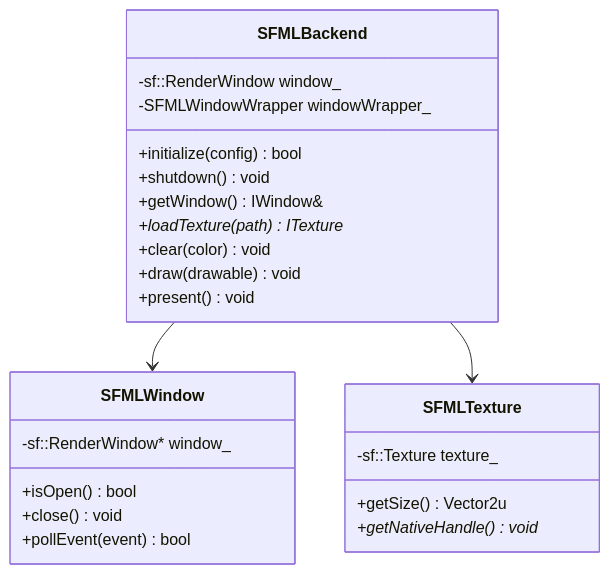
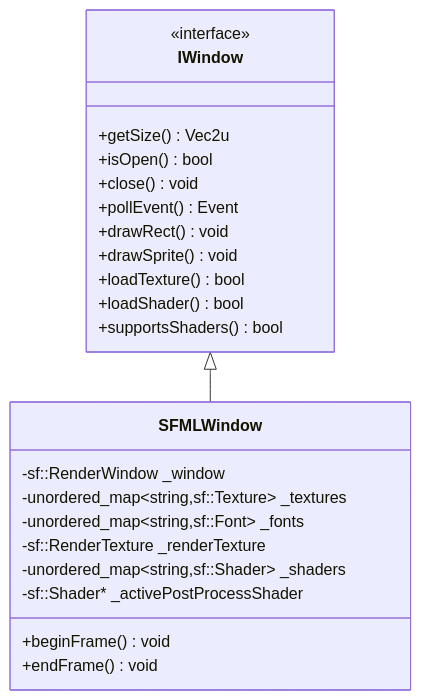
The diagram in docs/technique/graphiques/sfml.md (ChrisG-L/rtype), drawn with Mermaid before and after one commit. The commit also changed other lines of this file and 1 other file, not shown here.

````diff
--- a/docs/technique/graphiques/sfml.md
+++ b/docs/technique/graphiques/sfml.md
@@ -29,30 +30,28 @@
 ```mermaid
 classDiagram
-    class SFMLBackend {
-        -sf::RenderWindow window_
-        -SFMLWindowWrapper windowWrapper_
-        +initialize(config) bool
-        +shutdown() void
-        +getWindow() IWindow&
-        +loadTexture(path) ITexture*
-        +clear(color) void
-        +draw(drawable) void
-        +present() void
+    class IWindow {
+        <<interface>>
+        +getSize() Vec2u
+        +isOpen() bool
+        +close() void
+        +pollEvent() Event
+        +drawRect() void
+        +drawSprite() void
+        +loadTexture() bool
+        +loadShader() bool
+        +supportsShaders() bool
     }
 
     class SFMLWindow {
-        -sf::RenderWindow* window_
-        +isOpen() bool
-        +close() void
-        +pollEvent(event) bool
+        -sf::RenderWindow _window
+        -unordered_map~string,sf::Texture~ _textures
+        -unordered_map~string,sf::Font~ _fonts
+        -sf::RenderTexture _renderTexture
+        -unordered_map~string,sf::Shader~ _shaders
+        -sf::Shader* _activePostProcessShader
+        +beginFrame() void
+        +endFrame() void
     }
 
-    class SFMLTexture {
-        -sf::Texture texture_
-        +getSize() Vector2u
-        +getNativeHandle() void*
-    }
-
-    SFMLBackend --> SFMLWindow
-    SFMLBackend --> SFMLTexture
+    IWindow <|-- SFMLWindow
 ```
````
